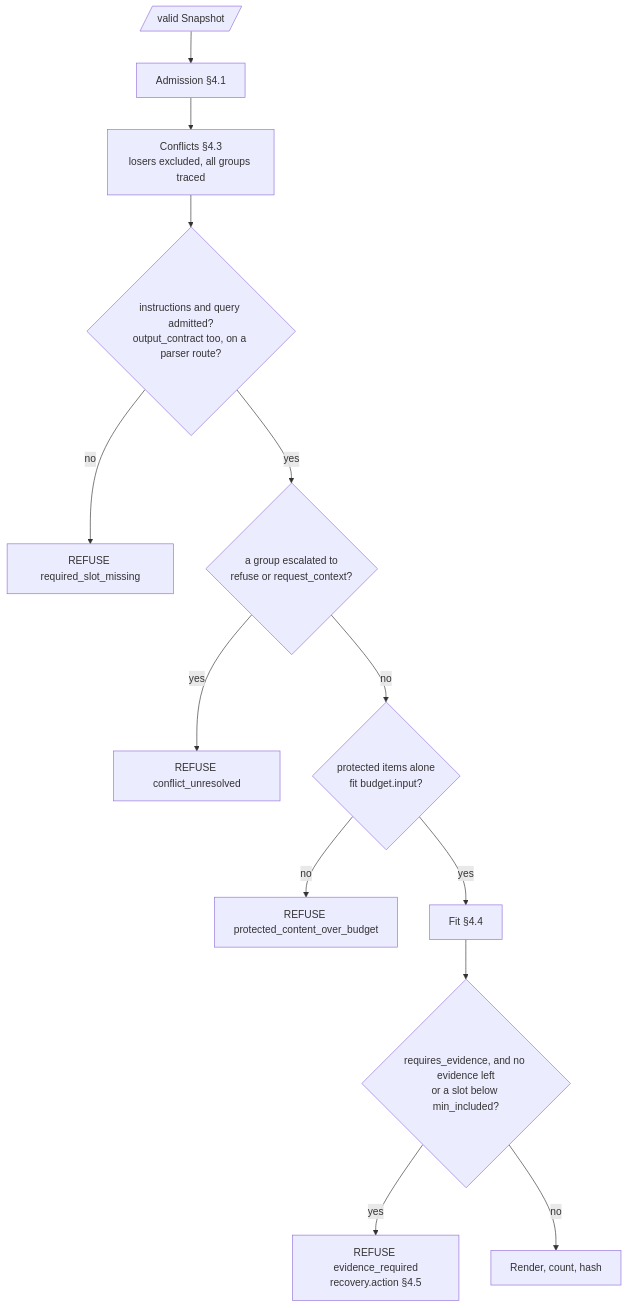
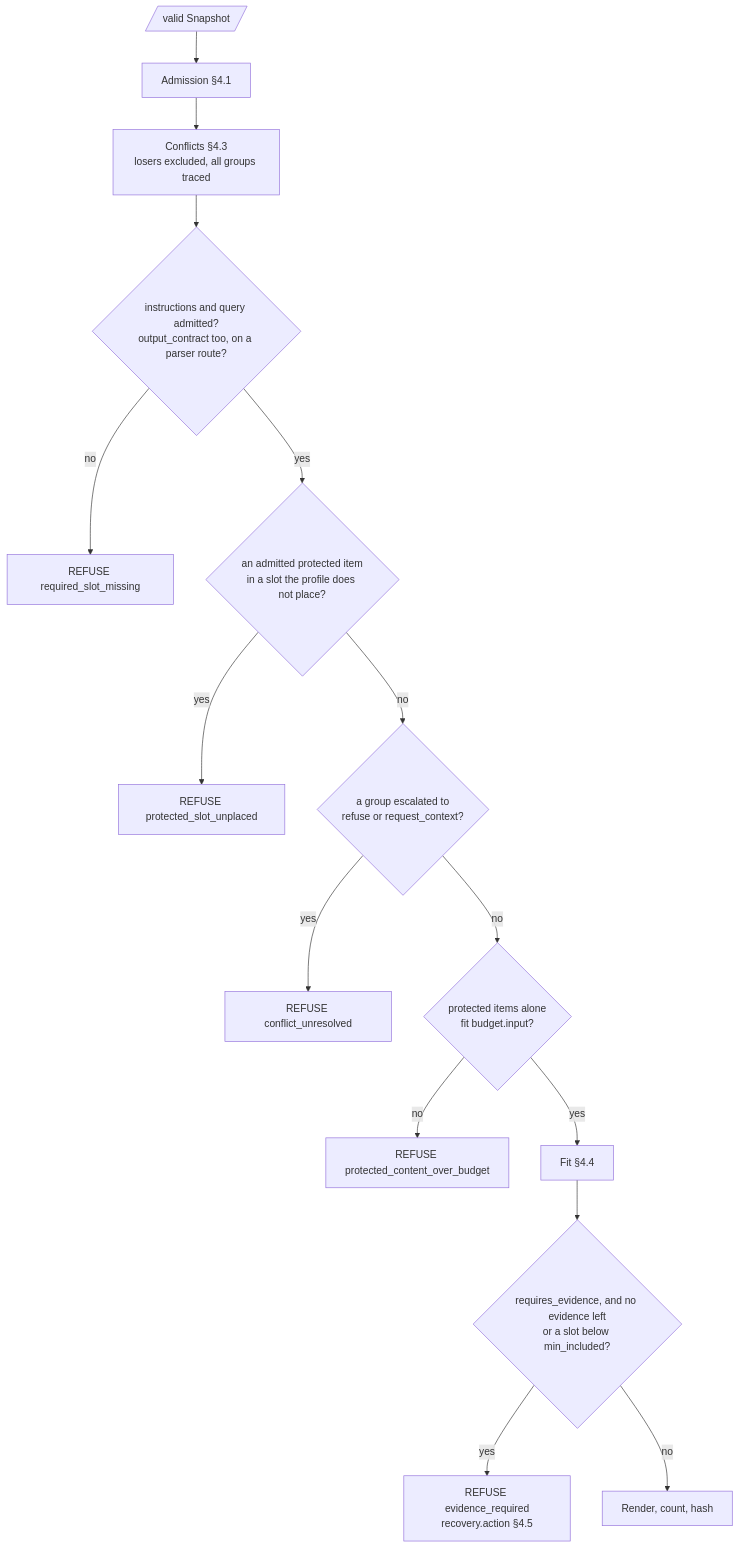
One commit to contextwindowarchitecture/assembler-python changed the fifth of 13 diagrams in docs/DESIGN.md. Above: the diagram before and after it, drawn with Mermaid. The commit also changed other lines of this file and 7 other files, not shown here.

First line of the commit message:
feat(admission): exclude unplaced items and refuse unplaced protected ones

````diff
--- a/docs/DESIGN.md
+++ b/docs/DESIGN.md
@@ -314,15 +314,17 @@
 ```mermaid
 flowchart TD
   S[/"valid Snapshot"/] --> AD["Admission §4.1"]
   AD --> CF["Conflicts §4.3<br/>losers excluded, all groups traced"]
   CF --> Q{"instructions and query admitted?<br/>output_contract too, on a parser route?"}
   Q -- no --> X1["REFUSE required_slot_missing"]
-  Q -- yes --> U{"a group escalated to<br/>refuse or request_context?"}
+  Q -- yes --> PL{"an admitted protected item<br/>in a slot the profile does not place?"}
+  PL -- yes --> XP["REFUSE protected_slot_unplaced"]
+  PL -- no --> U{"a group escalated to<br/>refuse or request_context?"}
   U -- yes --> X0["REFUSE conflict_unresolved"]
   U -- no --> P{"protected items alone<br/>fit budget.input?"}
   P -- no --> X2["REFUSE protected_content_over_budget"]
   P -- yes --> FIT["Fit §4.4"]
   FIT --> E{"requires_evidence, and no evidence left<br/>or a slot below min_included?"}
   E -- yes --> X3["REFUSE evidence_required<br/>recovery.action §4.5"]
   E -- no --> RN["Render, count, hash"]
 ```
````
